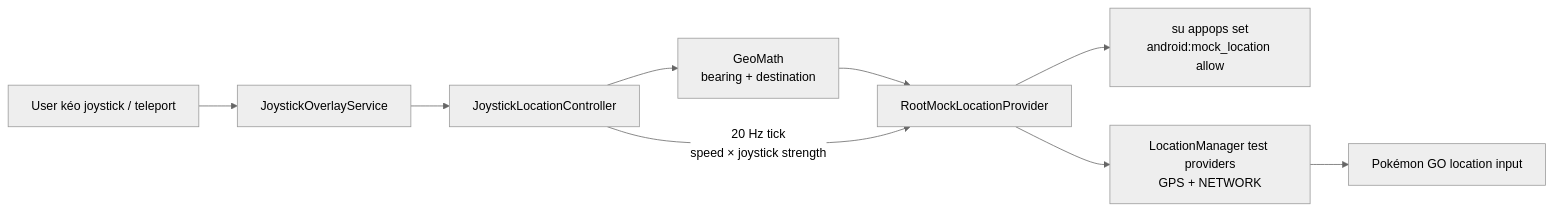
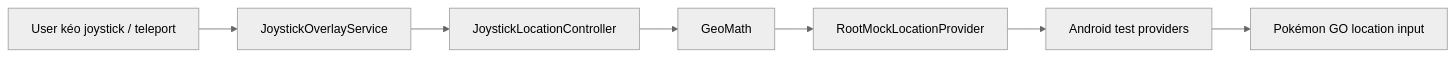
The first of 2 diagrams in docs/ARCHITECTURE_SUMMARY.md (danghungtb26/pogo-root-automation), drawn with Mermaid (neutral theme) before and after one commit. The commit also changed other lines of this file and 17 other files, not shown here.

````diff
--- a/docs/ARCHITECTURE_SUMMARY.md
+++ b/docs/ARCHITECTURE_SUMMARY.md
@@ -182,11 +92,9 @@
 ```mermaid
 flowchart LR
     User["User kéo joystick / teleport"] --> Overlay["JoystickOverlayService"]
     Overlay --> Controller["JoystickLocationController"]
-    Controller --> Geo["GeoMath<br/>bearing + destination"]
+    Controller --> Geo["GeoMath"]
     Geo --> Provider["RootMockLocationProvider"]
-    Provider --> AppOps["su appops set<br/>android:mock_location allow"]
-    Provider --> TestProvider["LocationManager test providers<br/>GPS + NETWORK"]
-    TestProvider --> Game["Pokémon GO location input"]
-    Controller -->|"20 Hz tick<br/>speed × joystick strength"| Provider
+    Provider --> Android["Android test providers"]
+    Android --> Game["Pokémon GO location input"]
 ```
````
